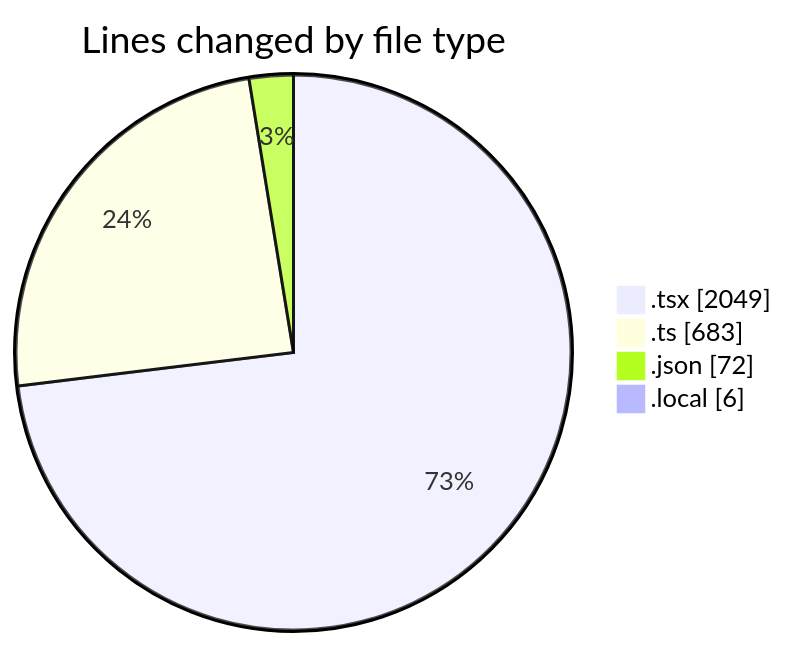
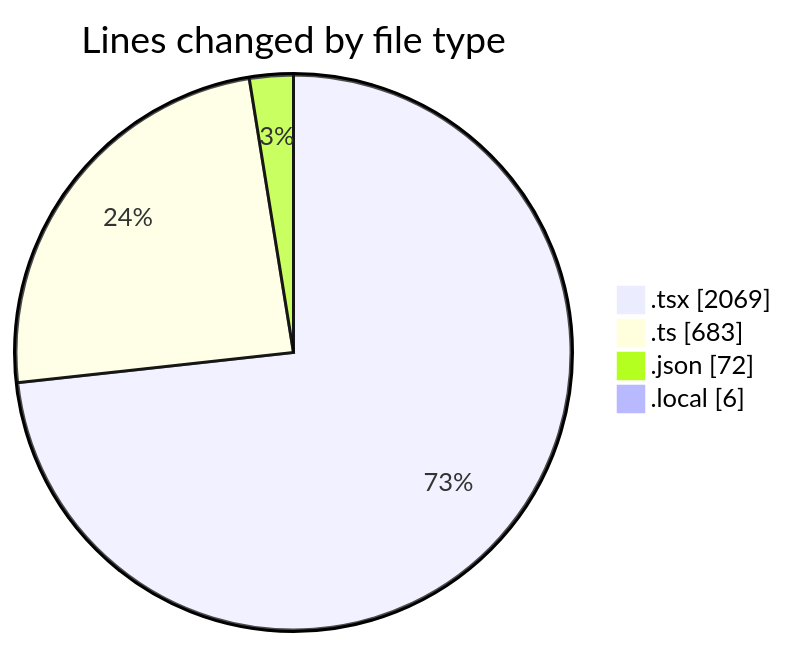
The first of 2 diagrams in 2025-10-21/eventscop-frontend-guide__workspace_/README.md (julien-gomy/code-tracking), drawn with Mermaid before and after one commit. The commit also changed other lines of this file and 1 other file, not shown here.

````diff
--- a/2025-10-21/eventscop-frontend-guide__workspace_/README.md
+++ b/2025-10-21/eventscop-frontend-guide__workspace_/README.md
@@ -52,8 +52,8 @@
 ```mermaid
 pie showData
 title Lines changed by file type
-".tsx" : 2049
+".tsx" : 2069
 ".ts" : 683
 ".json" : 72
 ".local" : 6
 ```
````
